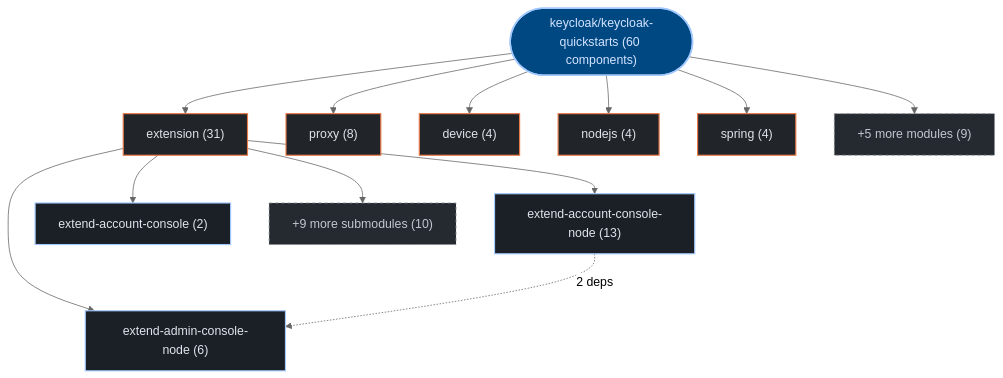
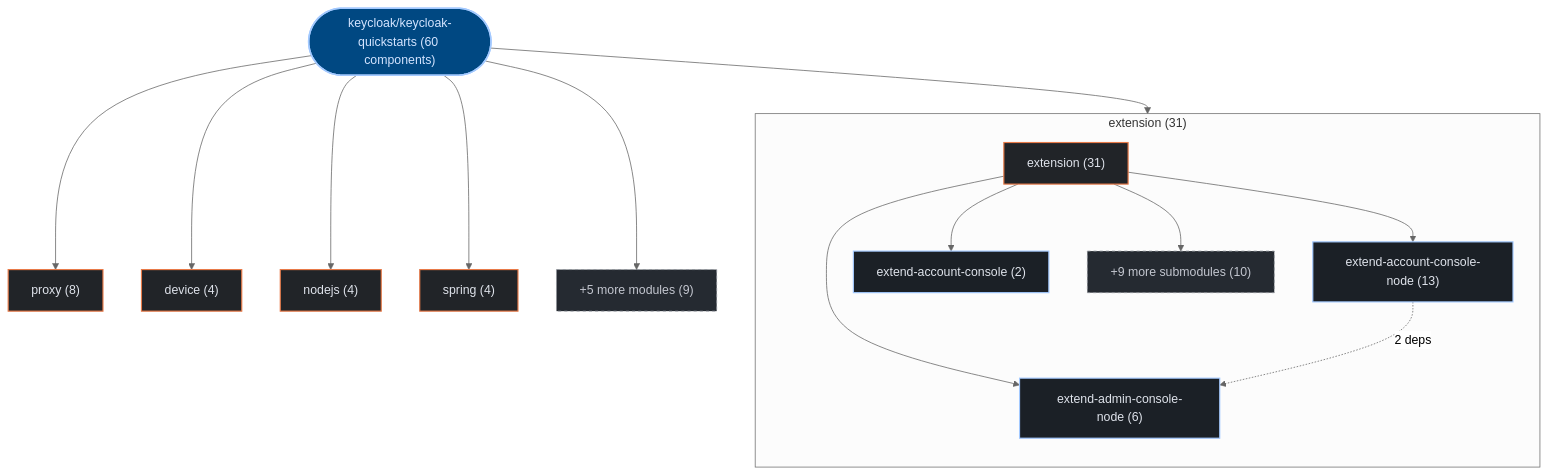
Before and after one commit to kumarshaz/atruss-code-atlas: the first of 3 diagrams in exports/latest/reports/keycloak-keycloak-quickstarts-report.md, drawn with Mermaid (neutral theme). The commit also changed 178 other files, not shown here.

Commit message:
feat(ui,mermaid): upgrade to mermaid v12 + ELK layout, add orgs-summary + pagination, subgraph building blocks, fix tab alignment

````diff
--- a/exports/latest/reports/keycloak-keycloak-quickstarts-report.md
+++ b/exports/latest/reports/keycloak-keycloak-quickstarts-report.md
@@ -42,32 +42,35 @@
 ```mermaid
 graph TD;
   classDef atlasRoot fill:#004882,stroke:#a3c9ff,stroke-width:2px,color:#d3e4ff
   classDef atlasCategory fill:#212428,stroke:#E87A48,stroke-width:1.5px,color:#dfe3eb
   classDef atlasWorkflow fill:#1b2026,stroke:#a3c9ff,stroke-width:1.5px,color:#dfe3eb
   classDef atlasJob fill:#171c22,stroke:#8d9199,stroke-width:1px,color:#dfe3eb
   classDef atlasTarget fill:#005227,stroke:#8bd99b,stroke-width:1.5px,color:#a7f6b6
   classDef atlasAlert fill:#93000a,stroke:#ffb4ab,stroke-width:1.5px,color:#ffdad6
   classDef atlasMore fill:#252a31,stroke:#8d9199,stroke-dasharray:4 4,color:#c3c6cf
     repo_root(["keycloak/keycloak-quickstarts (60 components)"]):::atlasRoot
-    dir_0_extension["extension (31)"]:::atlasCategory
+    subgraph sg_dir_0_extension["extension (31)"]
+      direction TB
+      dir_0_extension["extension (31)"]:::atlasCategory
+      sub_0_0_extend_account_console_node["extend-account-console-node (13)"]:::atlasWorkflow
+      dir_0_extension --> sub_0_0_extend_account_console_node
+      sub_0_1_extend_admin_console_node["extend-admin-console-node (6)"]:::atlasWorkflow
+      dir_0_extension --> sub_0_1_extend_admin_console_node
+      sub_0_2_extend_account_console["extend-account-console (2)"]:::atlasWorkflow
+      dir_0_extension --> sub_0_2_extend_account_console
+      sub_0_more["+9 more submodules (10)"]:::atlasMore
+      dir_0_extension --> sub_0_more
+    end
     repo_root --> dir_0_extension
-    sub_0_0_extend_account_console_node["extend-account-console-node (13)"]:::atlasWorkflow
-    dir_0_extension --> sub_0_0_extend_account_console_node
-    sub_0_1_extend_admin_console_node["extend-admin-console-node (6)"]:::atlasWorkflow
-    dir_0_extension --> sub_0_1_extend_admin_console_node
-    sub_0_2_extend_account_console["extend-account-console (2)"]:::atlasWorkflow
-    dir_0_extension --> sub_0_2_extend_account_console
-    sub_0_more["+9 more submodules (10)"]:::atlasMore
-    dir_0_extension --> sub_0_more
     dir_1_proxy["proxy (8)"]:::atlasCategory
     repo_root --> dir_1_proxy
     dir_2_device["device (4)"]:::atlasCategory
     repo_root --> dir_2_device
     dir_3_nodejs["nodejs (4)"]:::atlasCategory
     repo_root --> dir_3_nodejs
     dir_4_spring["spring (4)"]:::atlasCategory
     repo_root --> dir_4_spring
     dir_other_modules["+5 more modules (9)"]:::atlasMore
     repo_root --> dir_other_modules
     sub_0_0_extend_account_console_node -.->|"2 deps"| sub_0_1_extend_admin_console_node
 ```
````
